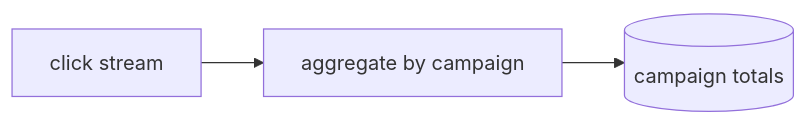
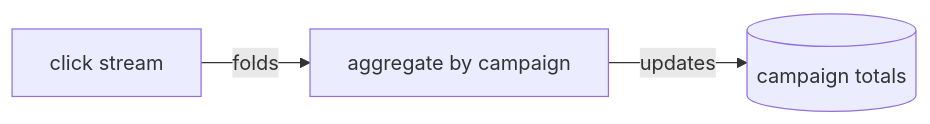
One commit to vinayakuber/streaming-systems-study-guide changed the tenth of 19 diagrams in docs/ch06-streams-and-tables.md. Above: the diagram before and after it, drawn with Mermaid. The commit also changed other lines of this file and 22 other files, not shown here.

First line of the commit message:
R18: label every diagram arrow with its meaning

````diff
--- a/docs/ch06-streams-and-tables.md
+++ b/docs/ch06-streams-and-tables.md
@@ -260,5 +260,5 @@
 ```mermaid
 flowchart LR
-  E["click stream"] --> A["aggregate by campaign"]
-  A --> T[(campaign totals)]
+  E["click stream"] -->|"folds"| A["aggregate by campaign"]
+  A -->|"updates"| T[(campaign totals)]
 ```
````
